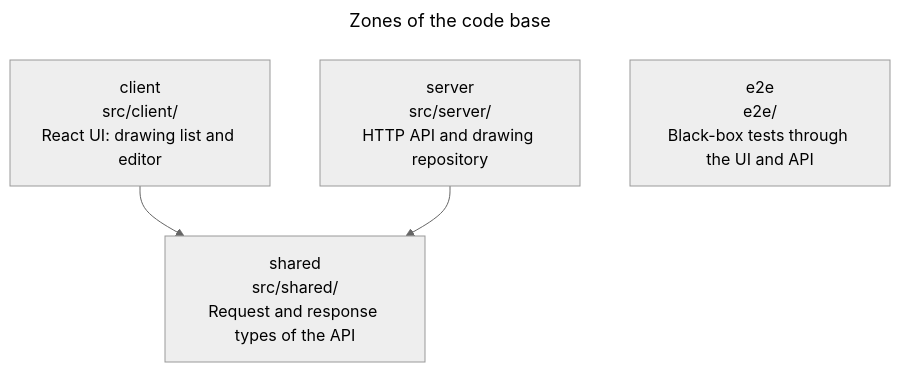
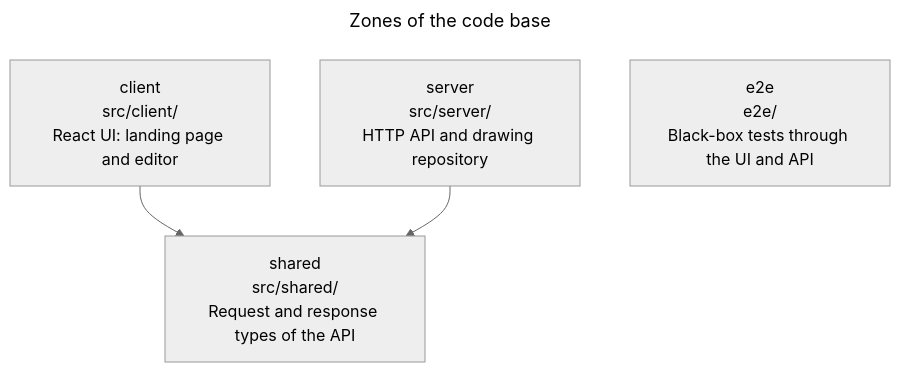
The third of 10 diagrams in docs/architecture/architecture.md (remshams/excalidraw-dashboard), drawn with Mermaid (neutral theme) before and after one commit. The commit also changed other lines of this file and 1 other file, not shown here.

Commit message:
docs(Architecture): describe the landing page and the editor view

````diff
--- a/docs/architecture/architecture.md
+++ b/docs/architecture/architecture.md
@@ -74,12 +73,12 @@
 ```mermaid
 ---
 title: Zones of the code base
 ---
 flowchart TD
-    client["client<br>src/client/<br>React UI: drawing list and editor"]:::module
+    client["client<br>src/client/<br>React UI: landing page and editor"]:::module
     server["server<br>src/server/<br>HTTP API and drawing repository"]:::module
     shared["shared<br>src/shared/<br>Request and response types of the API"]:::module
     e2e["e2e<br>e2e/<br>Black-box tests through the UI and API"]:::module
     client --> shared
     server --> shared
 ```
````
